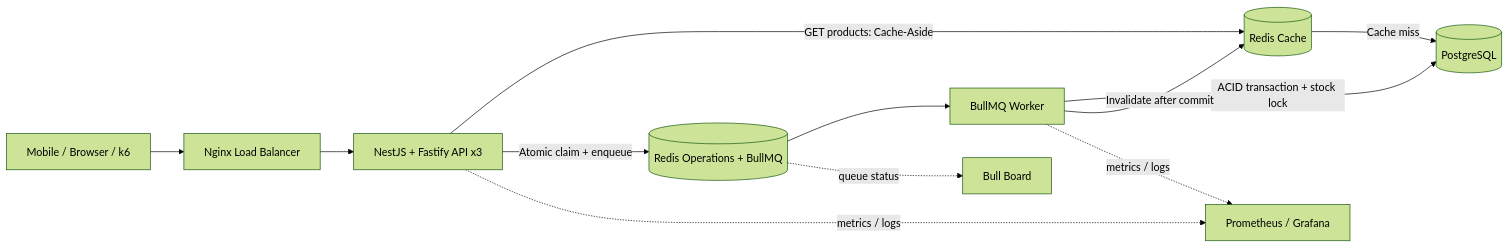
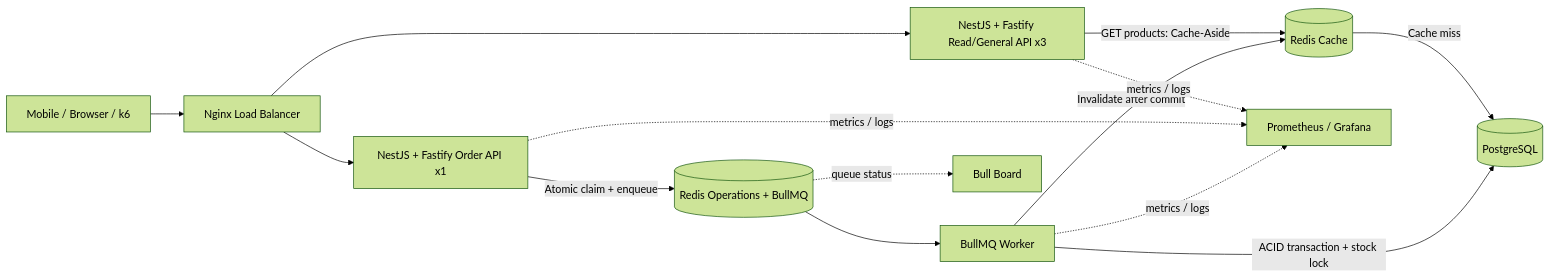
One commit to sanpipop/FlashSaleSystem changed the diagram in README.md. Above: the diagram before and after it, drawn with Mermaid (forest theme). The commit also changed other lines of this file and 7 other files, not shown here.

First line of the commit message:
perf(edge): isolate order admission with a dedicated API

````diff
--- a/README.md
+++ b/README.md
@@ -18,17 +18,19 @@
 ```mermaid
 flowchart LR
     Client[Mobile / Browser / k6] --> Nginx[Nginx Load Balancer]
-    Nginx --> API[NestJS + Fastify API x3]
+    Nginx --> ReadAPI[NestJS + Fastify Read/General API x3]
+    Nginx --> OrderAPI[NestJS + Fastify Order API x1]
 
-    API -->|GET products: Cache-Aside| Cache[(Redis Cache)]
+    ReadAPI -->|GET products: Cache-Aside| Cache[(Redis Cache)]
     Cache -->|Cache miss| DB[(PostgreSQL)]
 
-    API -->|Atomic claim + enqueue| Queue[(Redis Operations + BullMQ)]
+    OrderAPI -->|Atomic claim + enqueue| Queue[(Redis Operations + BullMQ)]
     Queue --> Worker[BullMQ Worker]
     Worker -->|ACID transaction + stock lock| DB
     Worker -->|Invalidate after commit| Cache
 
-    API -. metrics / logs .-> Observe[Prometheus / Grafana]
+    ReadAPI -. metrics / logs .-> Observe[Prometheus / Grafana]
+    OrderAPI -. metrics / logs .-> Observe
     Worker -. metrics / logs .-> Observe
     Queue -. queue status .-> Board[Bull Board]
 ```
````
